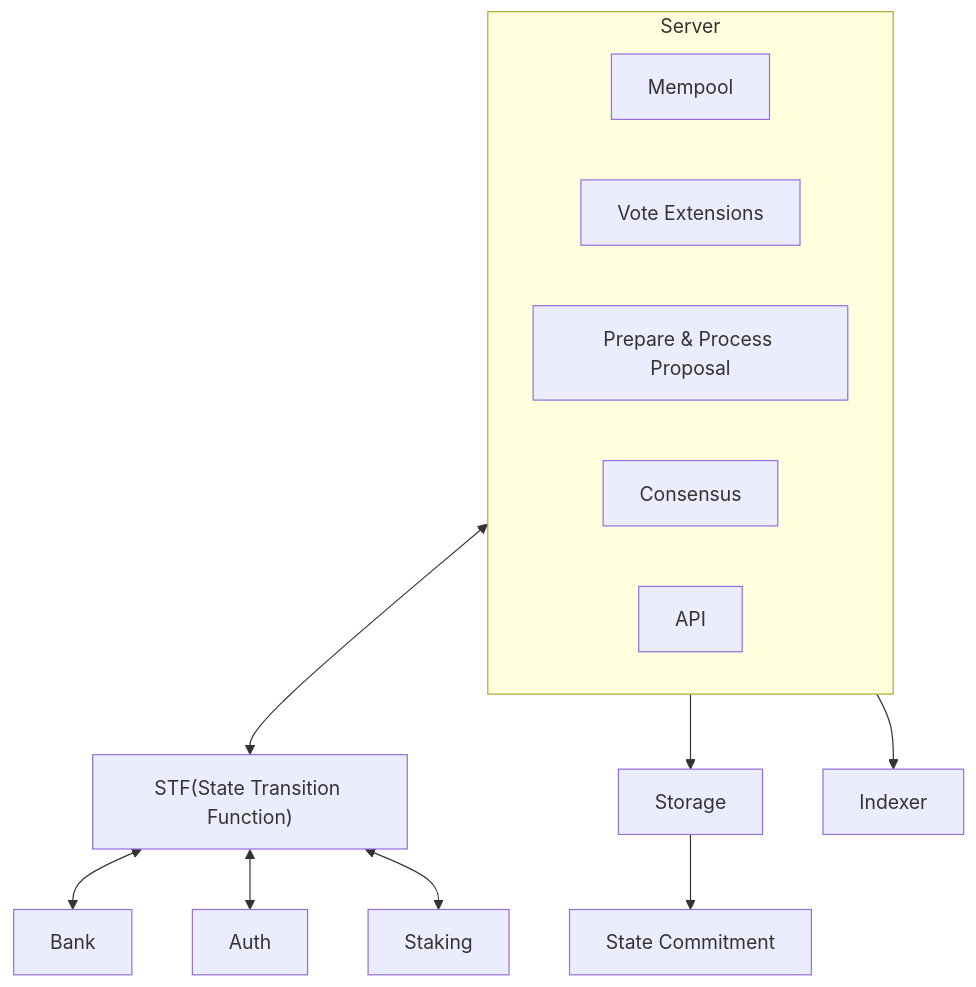
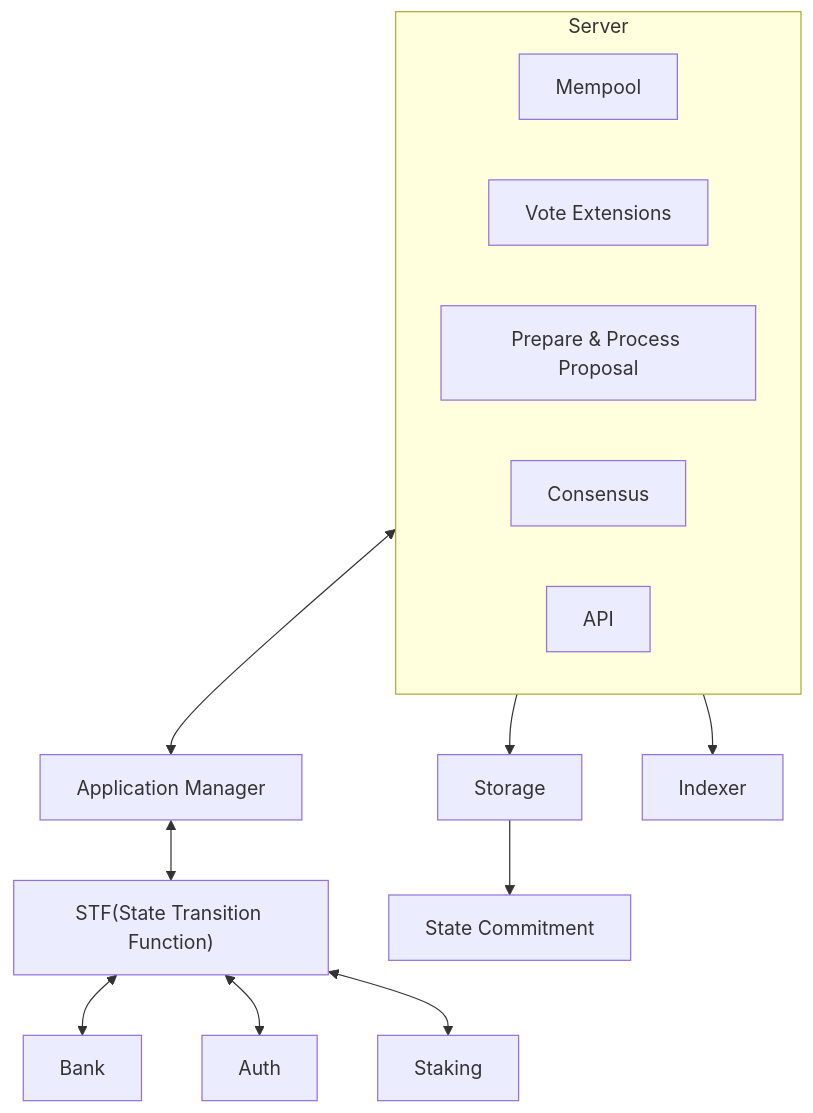
The second of 6 diagrams in docs/architecture/adr-75-v2.md (cosmos/cosmos-sdk), drawn with Mermaid before and after one commit. The commit also changed other lines of this file, not shown here.

Commit message:
add application manager

````diff
--- a/docs/architecture/adr-75-v2.md
+++ b/docs/architecture/adr-75-v2.md
@@ -71,17 +72,18 @@
 ```mermaid
 graph TD
     subgraph Server
         Mempool
         E[Vote Extensions]
         F[Prepare & Process Proposal]
         Consensus
         API[API]
     end
-Server <--> B["STF(State Transition Function)"]
+Server <--> AM[Application Manager]
+AM <--> B["STF(State Transition Function)"]
 B <--> C[Bank]
 B <--> D[Auth]
 B <--> G[Staking]
 Server --> H[Storage]
 Server --> I[Indexer]
 H --> J[State Commitment]
 ```
````
